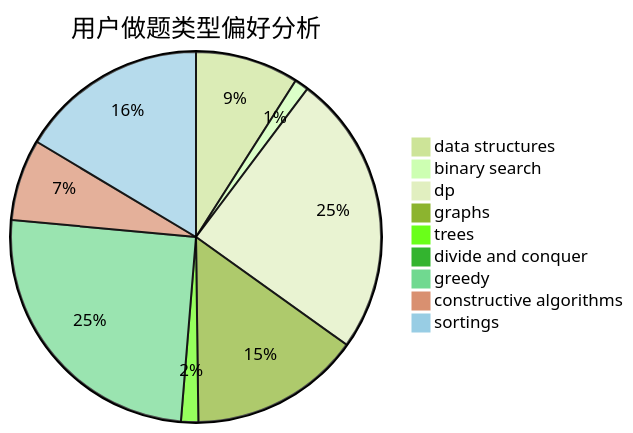
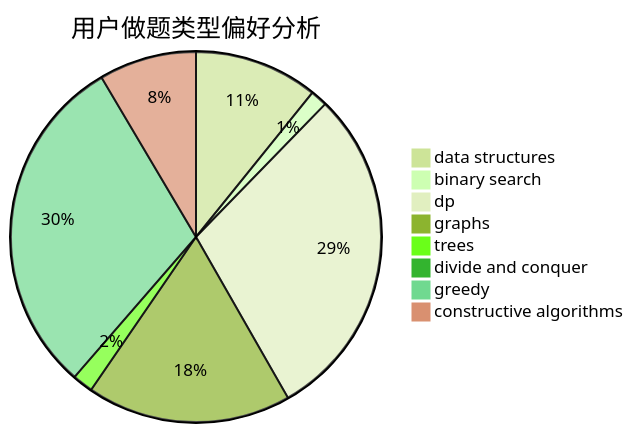
Before and after one commit to sherpahu/cfrs.github.io: the second of 3 diagrams in docs/user/u1305.md, drawn with Mermaid (forest theme). The commit also changed other lines of this file and 2769 other files, not shown here.

````diff
--- a/docs/user/u1305.md
+++ b/docs/user/u1305.md
@@ -18,12 +18,11 @@
 ```mermaid
 pie title 用户做题类型偏好分析
     "data structures" :  66
     "binary search" :  9
     "dp" :  180
     "graphs" :  109
     "trees" :  11
     "divide and conquer" :  1
     "greedy" :  184
     "constructive algorithms" :  52
-    "sortings" :  120
 ```
````
